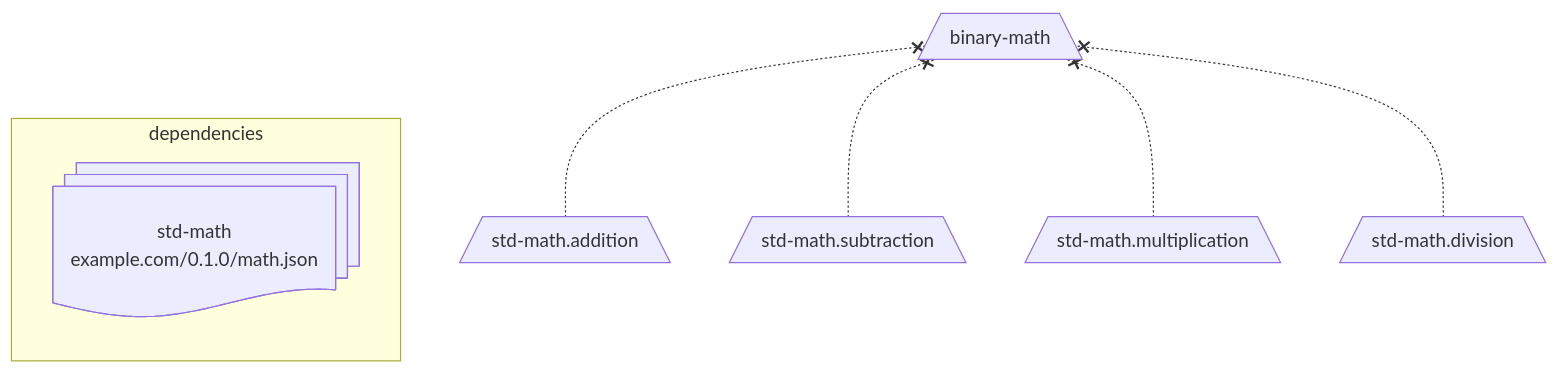
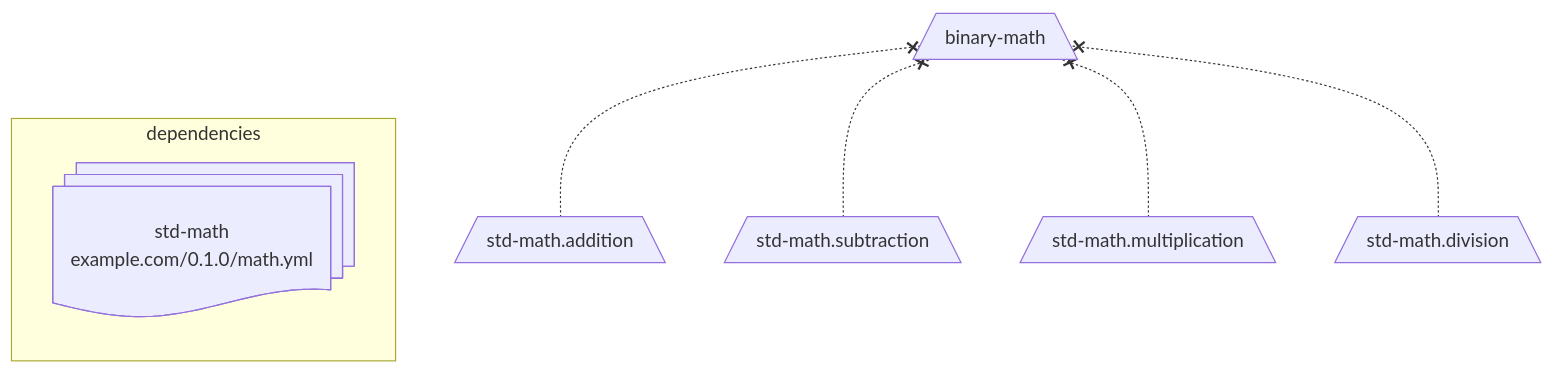
One commit to openproficiency/model changed the first of 3 diagrams in specs/topic-list.md. Above: the diagram before and after it, drawn with Mermaid. The commit also changed other lines of this file and 7 other files, not shown here.

````diff
--- a/specs/topic-list.md
+++ b/specs/topic-list.md
@@ -67,15 +67,15 @@
 ```mermaid
 flowchart BT
 
   binary-math[/"binary-math"\]
 
     addition[/"std-math.addition"\] -.-x binary-math
     subtraction[/"std-math.subtraction"\] -.-x binary-math
     multiplication[/"std-math.multiplication"\] -.-x binary-math
     division[/"std-math.division"\] -.-x binary-math
 
   %% Dependencies
   subgraph dependencies
-    std-math@{ shape: docs, label: "std-math<br/>example.com/0.1.0/math.json" }
+    std-math@{ shape: docs, label: "std-math<br/>example.com/0.1.0/math.yml" }
   end
 ```
````
